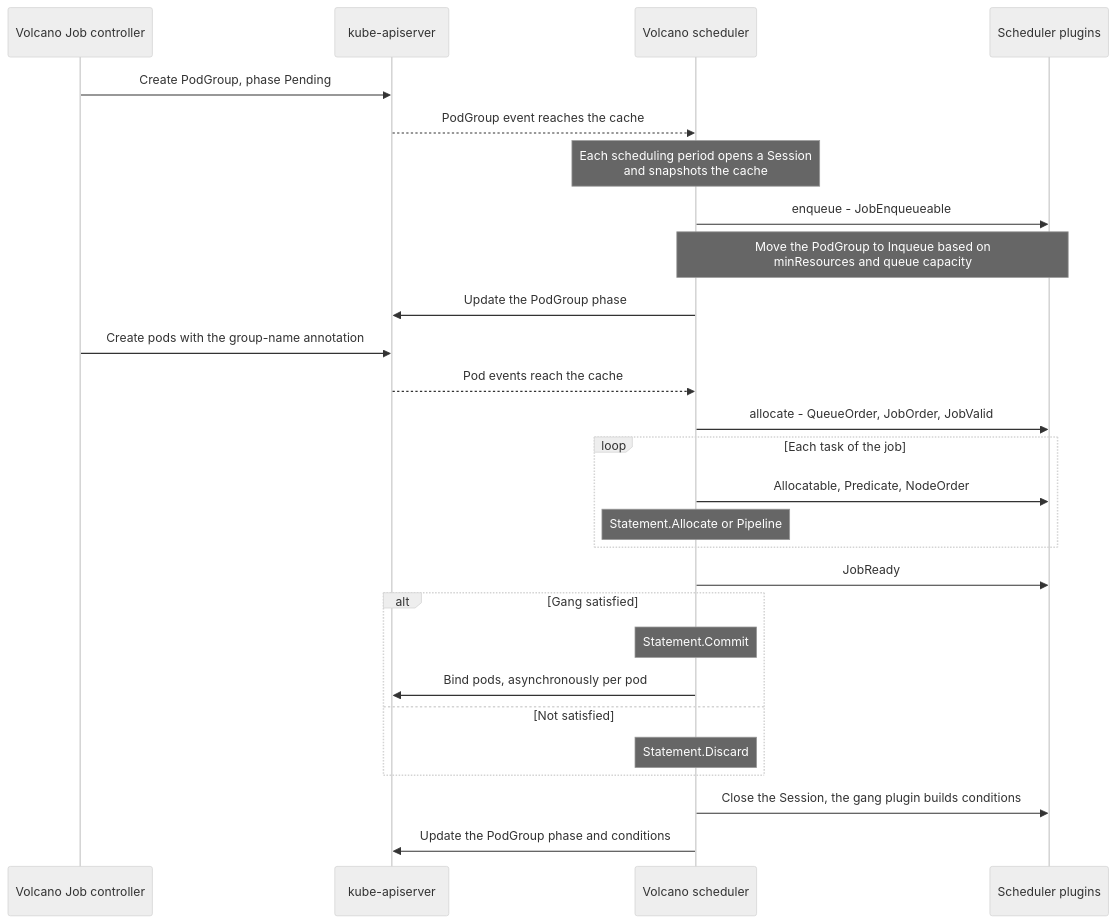
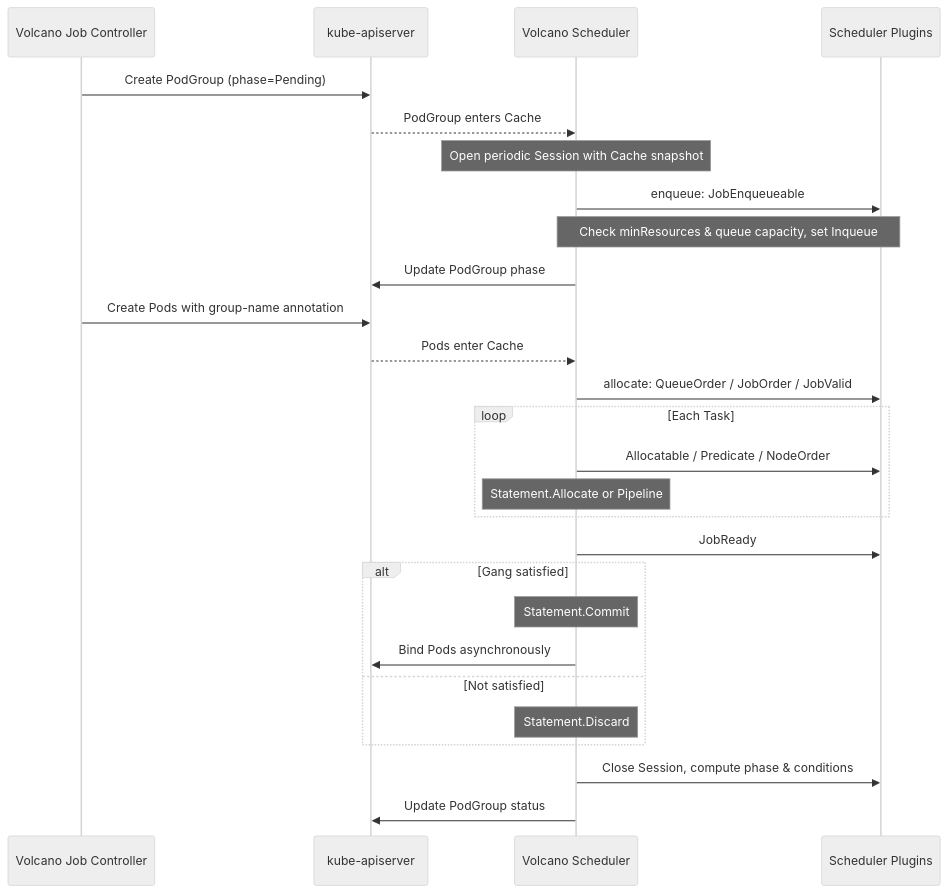
One commit to JesseStutler/volcano changed the sixth of 15 diagrams in docs/research/k8s-workload-aware-scheduling-vs-volcano.md. Above: the diagram before and after it, drawn with Mermaid (neutral theme). The commit also changed other lines of this file and 1 other file, not shown here.

First line of the commit message:
docs: improve readability of upstream PodGroup vs Volcano report

````diff
--- a/docs/research/k8s-workload-aware-scheduling-vs-volcano.md
+++ b/docs/research/k8s-workload-aware-scheduling-vs-volcano.md
@@ -340,30 +249,30 @@
 ```mermaid
 sequenceDiagram
-    participant C as Volcano Job controller
+    participant C as Volcano Job Controller
     participant A as kube-apiserver
-    participant S as Volcano scheduler
-    participant P as Scheduler plugins
+    participant S as Volcano Scheduler
+    participant P as Scheduler Plugins
 
-    C->>A: Create PodGroup, phase Pending
-    A-->>S: PodGroup event reaches the cache
-    Note over S: Each scheduling period opens a Session<br/>and snapshots the cache
-    S->>P: enqueue - JobEnqueueable
-    Note over S,P: Move the PodGroup to Inqueue based on<br/>minResources and queue capacity
-    S->>A: Update the PodGroup phase
-    C->>A: Create pods with the group-name annotation
-    A-->>S: Pod events reach the cache
-    S->>P: allocate - QueueOrder, JobOrder, JobValid
-    loop Each task of the job
-        S->>P: Allocatable, Predicate, NodeOrder
+    C->>A: Create PodGroup (phase=Pending)
+    A-->>S: PodGroup enters Cache
+    Note over S: Open periodic Session with Cache snapshot
+    S->>P: enqueue: JobEnqueueable
+    Note over S,P: Check minResources & queue capacity, set Inqueue
+    S->>A: Update PodGroup phase
+    C->>A: Create Pods with group-name annotation
+    A-->>S: Pods enter Cache
+    S->>P: allocate: QueueOrder / JobOrder / JobValid
+    loop Each Task
+        S->>P: Allocatable / Predicate / NodeOrder
         Note over S: Statement.Allocate or Pipeline
     end
     S->>P: JobReady
     alt Gang satisfied
         Note over S: Statement.Commit
-        S->>A: Bind pods, asynchronously per pod
+        S->>A: Bind Pods asynchronously
     else Not satisfied
         Note over S: Statement.Discard
     end
-    S->>P: Close the Session, the gang plugin builds conditions
-    S->>A: Update the PodGroup phase and conditions
+    S->>P: Close Session, compute phase & conditions
+    S->>A: Update PodGroup status
 ```
````
